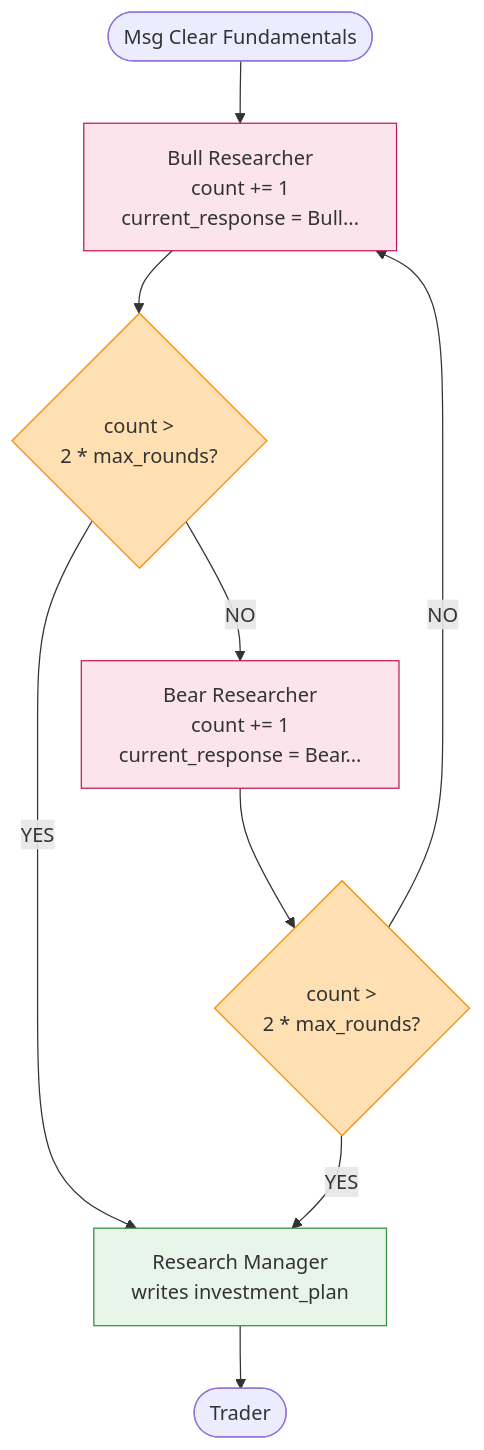
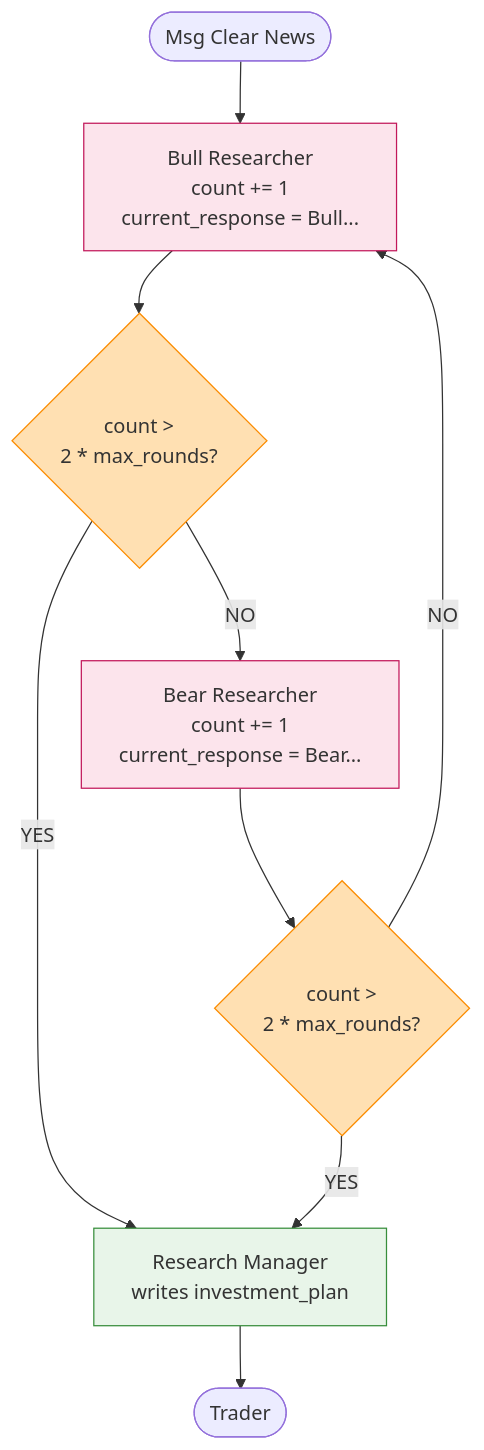
One commit to cgair/Monopoly changed the diagram in docs/walkthrough/diagrams/researcher-debate.mmd. Above: the diagram before and after it, drawn with Mermaid. The commit also changed 8 other files, not shown here.

```diff
--- a/docs/walkthrough/diagrams/researcher-debate.mmd
+++ b/docs/walkthrough/diagrams/researcher-debate.mmd
@@ -1,17 +1,17 @@
 graph TB
-    IN([Msg Clear Fundamentals]) --> BR[Bull Researcher<br/>count += 1<br/>current_response = Bull...]
+    IN([Msg Clear News]) --> BR[Bull Researcher<br/>count += 1<br/>current_response = Bull...]
     BR --> C1{count ><br/>2 * max_rounds?}
     C1 -- NO --> BE[Bear Researcher<br/>count += 1<br/>current_response = Bear...]
     BE --> C2{count ><br/>2 * max_rounds?}
     C2 -- NO --> BR
     C1 -- YES --> RM[Research Manager<br/>writes investment_plan]
     C2 -- YES --> RM
     RM --> OUT([Trader])
 
     classDef debate fill:#fce4ec,stroke:#c2185b
     classDef manager fill:#e8f5e9,stroke:#388e3c
     classDef cond fill:#ffe0b2,stroke:#fb8c00
 
     class BR,BE debate
     class RM manager
     class C1,C2 cond
```
